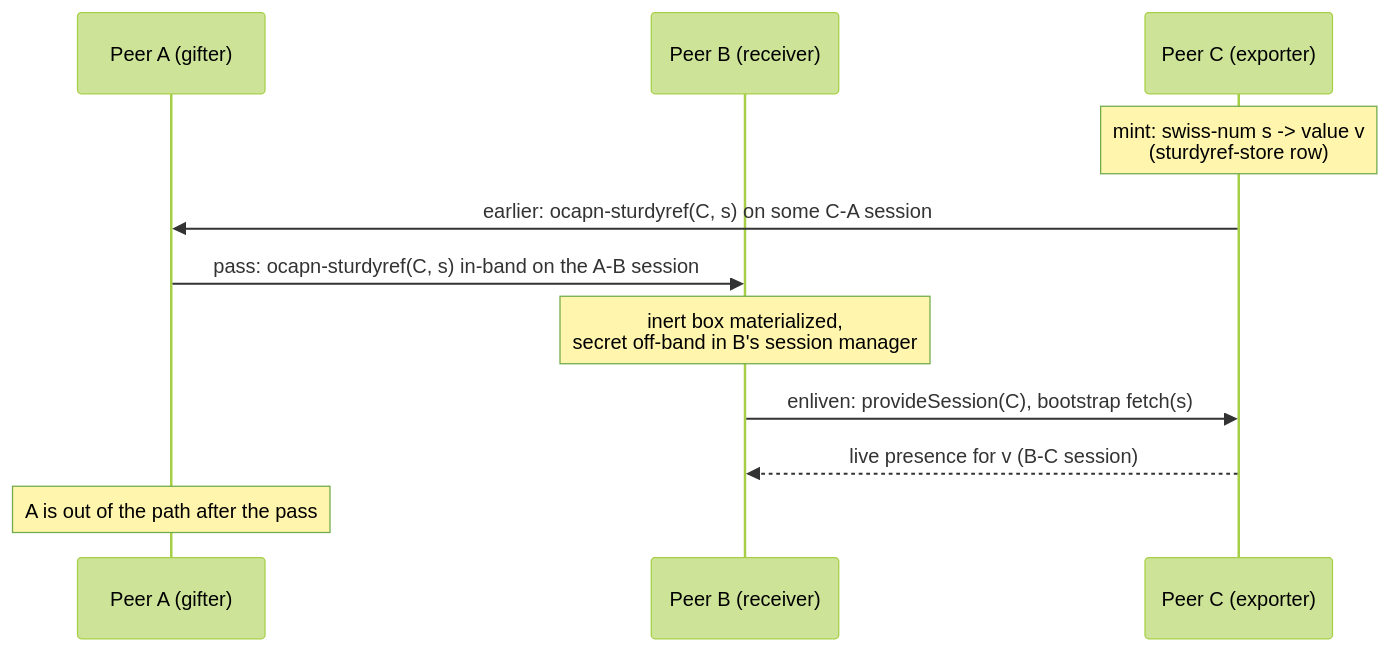
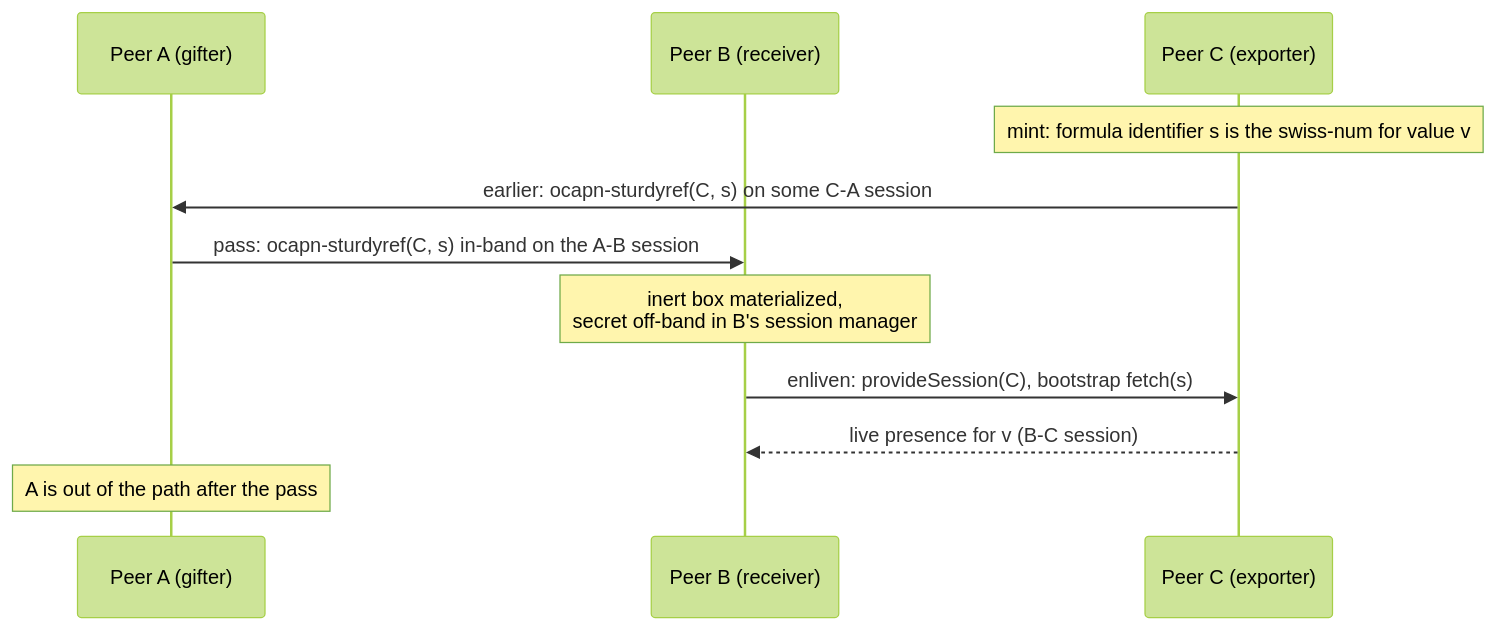
The second of 2 diagrams in designs/sturdy-refs-cross-peer-bridge.md (endojs/endo-but-for-bots), drawn with Mermaid (forest theme) before and after one commit. The commit also changed other lines of this file and 1 other file, not shown here.

Commit message:
design(sturdyrefs): align bridge with formula identifiers

````diff
--- a/designs/sturdy-refs-cross-peer-bridge.md
+++ b/designs/sturdy-refs-cross-peer-bridge.md
@@ -338,13 +334,13 @@
 ```mermaid
 sequenceDiagram
   participant A as Peer A (gifter)
   participant B as Peer B (receiver)
   participant C as Peer C (exporter)
-  Note over C: mint: swiss-num s -> value v<br/>(sturdyref-store row)
+  Note over C: mint: formula identifier s is the swiss-num for value v
   C->>A: earlier: ocapn-sturdyref(C, s) on some C-A session
   A->>B: pass: ocapn-sturdyref(C, s) in-band on the A-B session
   Note over B: inert box materialized,<br/>secret off-band in B's session manager
   B->>C: enliven: provideSession(C), bootstrap fetch(s)
   C-->>B: live presence for v (B-C session)
   Note over A: A is out of the path after the pass
 ```
````
